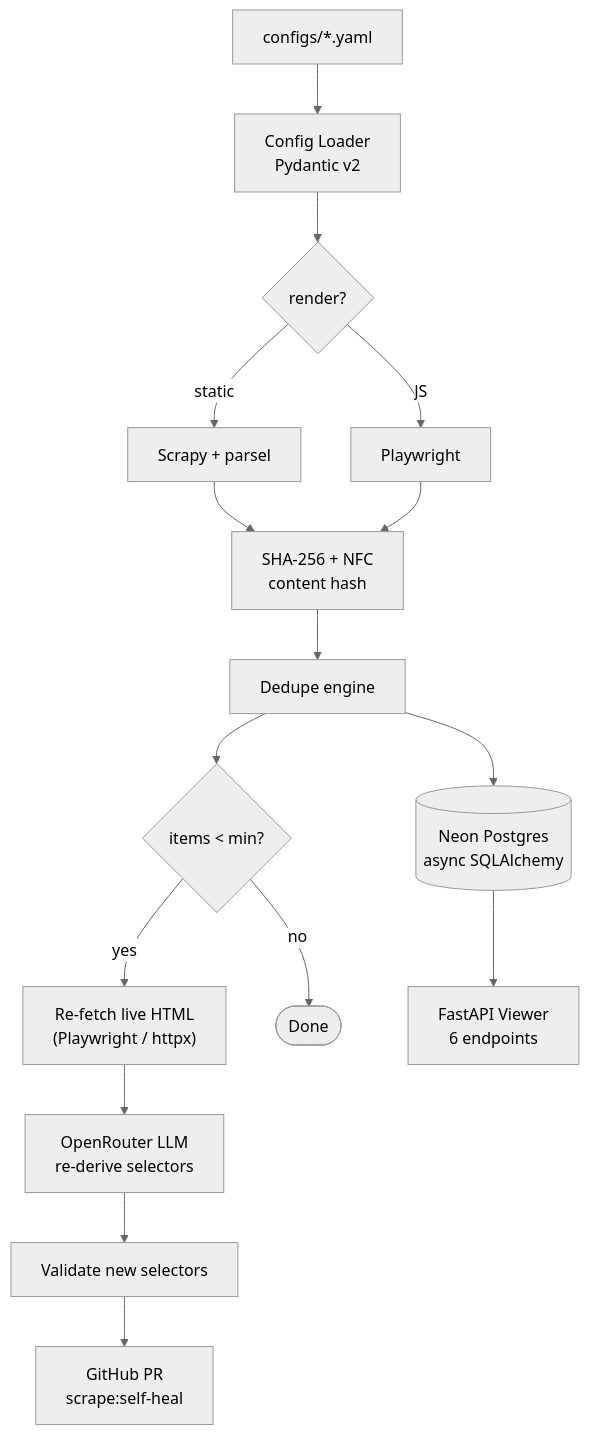
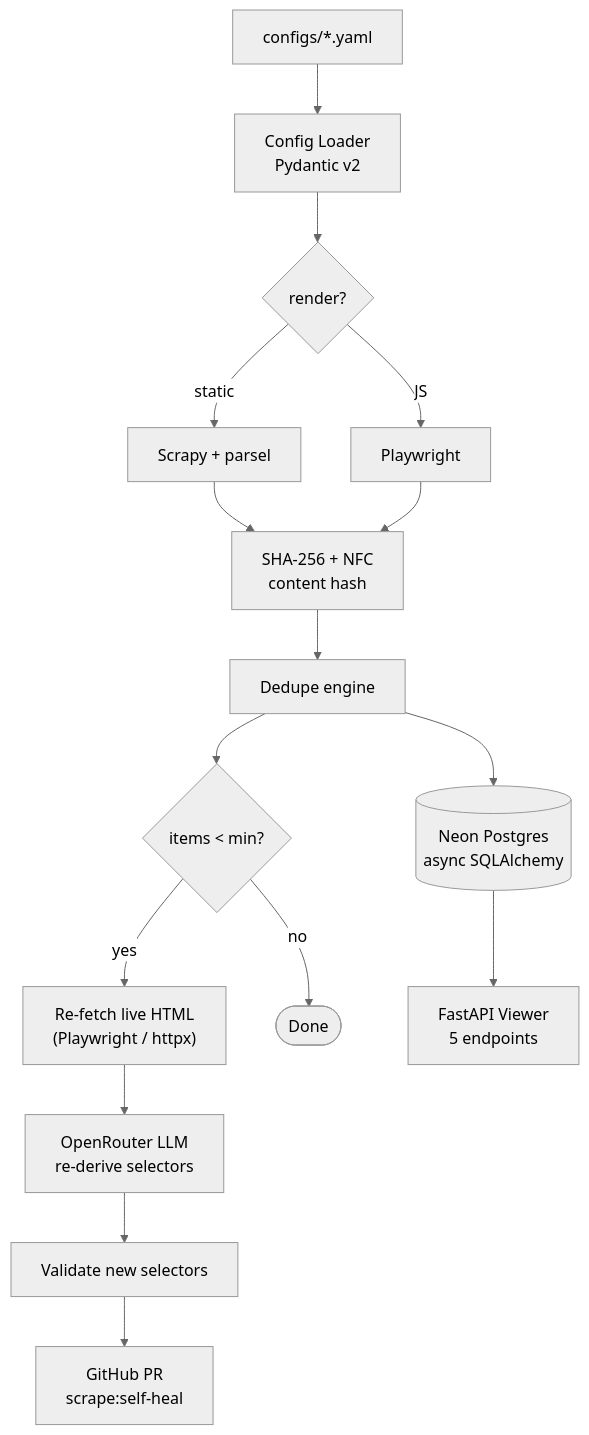
Before and after one commit to Abdul-Muizz1310/magpie-backend: the fourth of 4 diagrams in README.md, drawn with Mermaid (neutral theme). The commit also changed other lines of this file and 40 other files, not shown here.

````diff
--- a/README.md
+++ b/README.md
@@ -137,18 +137,18 @@
 ```mermaid
 flowchart TD
     YAML["configs/*.yaml"] --> Loader["Config Loader<br/>Pydantic v2"]
     Loader --> Factory{"render?"}
     Factory -- "static" --> Scrapy["Scrapy + parsel"]
     Factory -- "JS" --> PW["Playwright"]
     Scrapy --> Hash["SHA-256 + NFC<br/>content hash"]
     PW --> Hash
     Hash --> Dedupe["Dedupe engine"]
     Dedupe --> DB[("Neon Postgres<br/>async SQLAlchemy")]
     Dedupe --> Check{"items < min?"}
     Check -- "yes" --> Refetch["Re-fetch live HTML<br/>(Playwright / httpx)"]
     Refetch --> LLM["OpenRouter LLM<br/>re-derive selectors"]
     LLM --> Validate["Validate new selectors"]
     Validate --> PR["GitHub PR<br/>scrape:self-heal"]
     Check -- "no" --> Done([Done])
-    DB --> API["FastAPI Viewer<br/>6 endpoints"]
+    DB --> API["FastAPI Viewer<br/>5 endpoints"]
 ```
````
